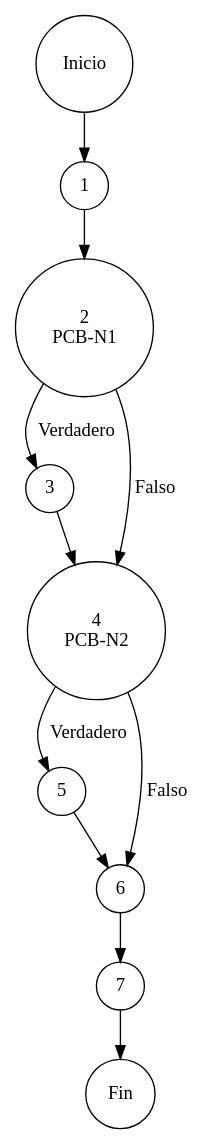
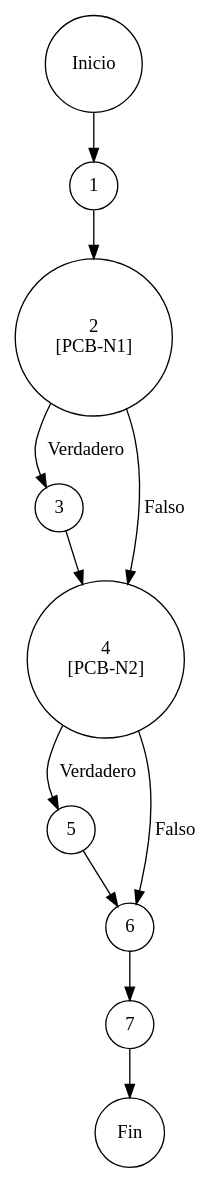
The diagram in pcb_analisis/PCB-004_Reporte.md (gitGabrielCruz/ERP_WALOOK_PCB), drawn with PlantUML before and after one commit. The commit also changed other lines of this file and 20 other files, not shown here.

````diff
--- a/pcb_analisis/PCB-004_Reporte.md
+++ b/pcb_analisis/PCB-004_Reporte.md
@@ -104,38 +75,31 @@
 ```plantuml
 @startuml
 digraph CFG_PCB004 {
 
 rankdir=TB
 node [shape=circle]
 
 I [label="Inicio"]
-
 N1 [label="1"]
-N2 [label="2\nPCB-N1"]
+N2 [label="2\n[PCB-N1]"]
 N3 [label="3"]
-N4 [label="4\nPCB-N2"]
+N4 [label="4\n[PCB-N2]"]
 N5 [label="5"]
 N6 [label="6"]
 N7 [label="7"]
-
 F [label="Fin"]
 
 I -> N1
 N1 -> N2
-
 N2 -> N3 [label="Verdadero"]
 N2 -> N4 [label="Falso"]
-
 N3 -> N4
-
 N4 -> N5 [label="Verdadero"]
 N4 -> N6 [label="Falso"]
-
 N5 -> N6
 N6 -> N7
-
 N7 -> F
 
 }
 @enduml
 ```
````
